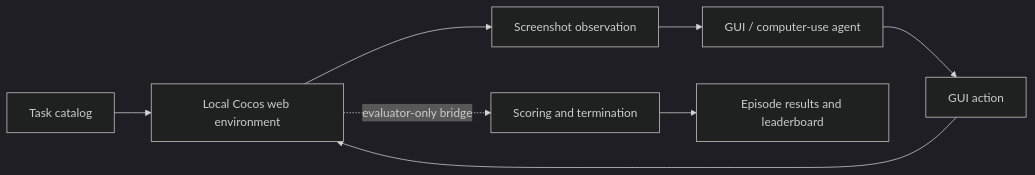
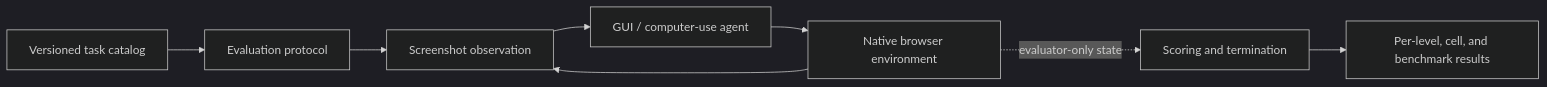
Before and after one commit to AzureStarz/LongPuzzleBench: the diagram in README.md, drawn with Mermaid (dark theme). The commit also changed other lines of this file and 6 other files, not shown here.

````diff
--- a/README.md
+++ b/README.md
@@ -79,10 +52,10 @@
 ```mermaid
 flowchart LR
-    C[Task catalog] --> E[Local Cocos web environment]
-    E --> O[Screenshot observation]
+    T[Versioned task catalog] --> H[Evaluation protocol]
+    H --> O[Screenshot observation]
     O --> A[GUI / computer-use agent]
-    A --> X[GUI action]
-    X --> E
-    E -. evaluator-only bridge .-> S[Scoring and termination]
-    S --> R[Episode results and leaderboard]
+    A --> E[Native browser environment]
+    E --> O
+    E -. evaluator-only state .-> S[Scoring and termination]
+    S --> R[Per-level, cell, and benchmark results]
 ```
````
